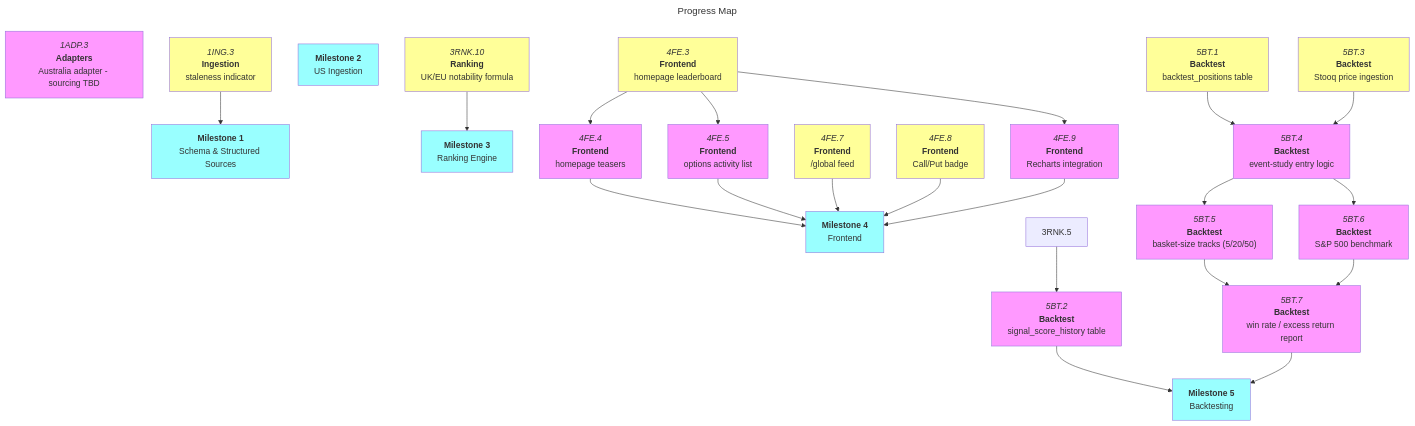
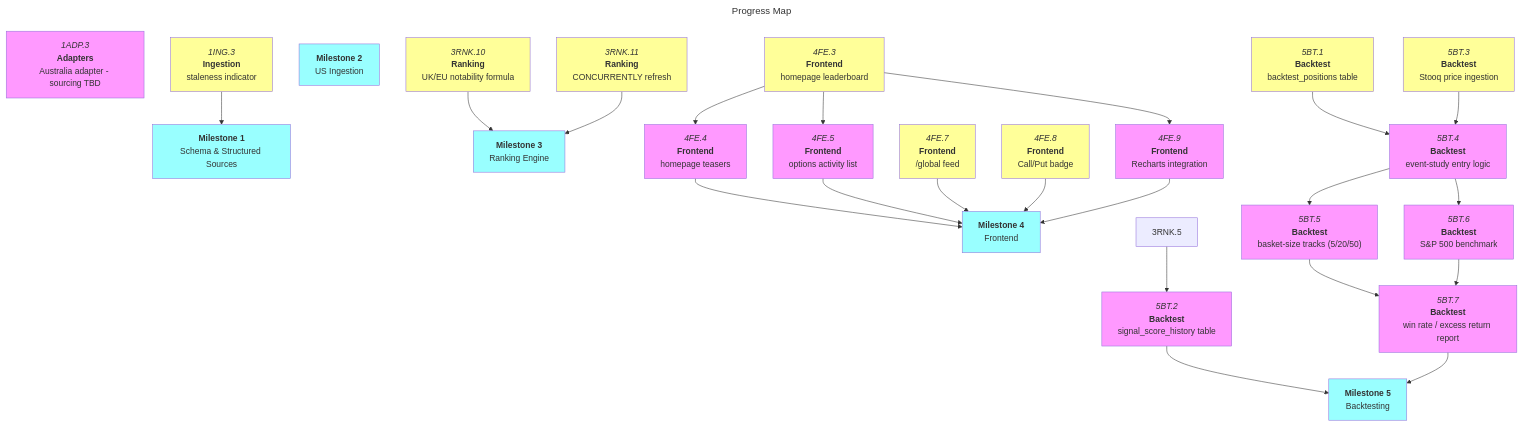
One commit to Oggie112/CrossBench changed the diagram in docs/roadmaps/mvp.md. Above: the diagram before and after it, drawn with Mermaid. The commit also changed other lines of this file, not shown here.

Commit message:
docs(roadmap): log CONCURRENTLY refresh follow-up (3RNK.11)
Plain REFRESH MATERIALIZED VIEW blocks all reads for its duration -
harmless with no concurrent traffic today, but will matter once 4FE.3
ships and the daily cron overlaps with real visitors. Logged as its
own item rather than left buried in 3RNK.6's note, so it isn't
forgotten once it actually starts being noticeable.

````diff
--- a/docs/roadmaps/mvp.md
+++ b/docs/roadmaps/mvp.md
@@ -186,71 +187,74 @@
 ```mermaid
 ---
 title: Progress Map
 ---
 graph TD
 
 1ADP.3["`*1ADP.3*<br/>**Adapters**<br/>Australia adapter - sourcing TBD`"]:::blocked
 
 1ING.3["`*1ING.3*<br/>**Ingestion**<br/>staleness indicator`"]:::open
 
 m1["`**Milestone 1**<br/>Schema & Structured Sources`"]:::mile
 1ING.3 --> m1
 
 m2["`**Milestone 2**<br/>US Ingestion`"]:::mile
 
 3RNK.10["`*3RNK.10*<br/>**Ranking**<br/>UK/EU notability formula`"]:::open
 3RNK.10 --> m3
+
+3RNK.11["`*3RNK.11*<br/>**Ranking**<br/>CONCURRENTLY refresh`"]:::open
+3RNK.11 --> m3
 
 m3["`**Milestone 3**<br/>Ranking Engine`"]:::mile
 
 4FE.3["`*4FE.3*<br/>**Frontend**<br/>homepage leaderboard`"]:::open
 
 4FE.4["`*4FE.4*<br/>**Frontend**<br/>homepage teasers`"]:::blocked
 4FE.3 --> 4FE.4
 
 4FE.5["`*4FE.5*<br/>**Frontend**<br/>options activity list`"]:::blocked
 4FE.3 --> 4FE.5
 
 4FE.7["`*4FE.7*<br/>**Frontend**<br/>/global feed`"]:::open
 
 4FE.8["`*4FE.8*<br/>**Frontend**<br/>Call/Put badge`"]:::open
 
 4FE.9["`*4FE.9*<br/>**Frontend**<br/>Recharts integration`"]:::blocked
 4FE.3 --> 4FE.9
 
 m4["`**Milestone 4**<br/>Frontend`"]:::mile
 4FE.4 --> m4
 4FE.5 --> m4
 4FE.7 --> m4
 4FE.8 --> m4
 4FE.9 --> m4
 
 5BT.3["`*5BT.3*<br/>**Backtest**<br/>Stooq price ingestion`"]:::open
 
 5BT.1["`*5BT.1*<br/>**Backtest**<br/>backtest_positions table`"]:::open
 
 5BT.2["`*5BT.2*<br/>**Backtest**<br/>signal_score_history table`"]:::blocked
 3RNK.5 --> 5BT.2
 
 5BT.4["`*5BT.4*<br/>**Backtest**<br/>event-study entry logic`"]:::blocked
 5BT.1 --> 5BT.4
 5BT.3 --> 5BT.4
 
 5BT.5["`*5BT.5*<br/>**Backtest**<br/>basket-size tracks (5/20/50)`"]:::blocked
 5BT.4 --> 5BT.5
 
 5BT.6["`*5BT.6*<br/>**Backtest**<br/>S&P 500 benchmark`"]:::blocked
 5BT.4 --> 5BT.6
 
 5BT.7["`*5BT.7*<br/>**Backtest**<br/>win rate / excess return report`"]:::blocked
 5BT.5 --> 5BT.7
 5BT.6 --> 5BT.7
 
 m5["`**Milestone 5**<br/>Backtesting`"]:::mile
 5BT.2 --> m5
 5BT.7 --> m5
 
 classDef blocked fill:#f9f;
 classDef open fill:#ff9;
 classDef mile fill:#9ff;
 ```
````
